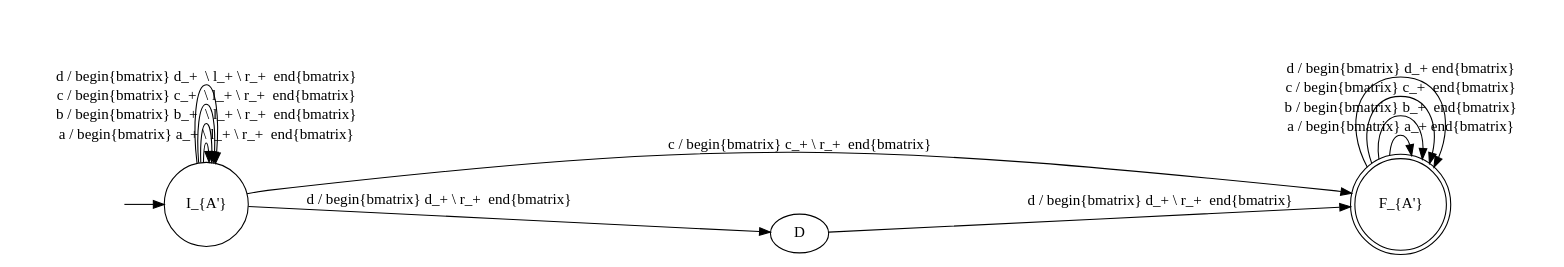
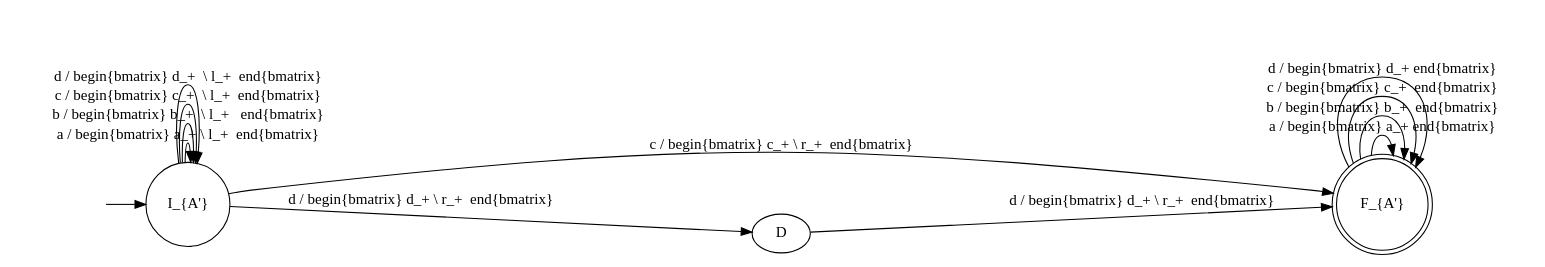
One commit to amandasystems/incremental-parikh-images changed the diagram in a.dot. Above: the diagram before and after it, drawn with Graphviz. The commit also changed 6 other files, not shown here.

```diff
--- a/a.dot
+++ b/a.dot
@@ -1,21 +1,21 @@
 digraph Automaton {rankdir = LR;
 initial [shape=plaintext,label=""];
 initial -> S;
 C [shape=doublecircle,label="F_{A'}"];
 
 C -> C [label="a / \begin{bmatrix} a_+ \end{bmatrix}"]
 C -> C [label="b / \begin{bmatrix} b_+  \end{bmatrix}"]
 C -> C [label="c / \begin{bmatrix} c_+  \end{bmatrix}"]
 C -> C [label="d / \begin{bmatrix} d_+ \end{bmatrix}"]
 
 S [shape=circle,label="I_{A'}"];
-S -> S [label="a / \begin{bmatrix} a_+ \\ l_+ \\ r_+  \end{bmatrix}"]
-S -> S [label="b / \begin{bmatrix} b_+  \\ l_+ \\ r_+  \end{bmatrix}"]
-S -> S [label="c / \begin{bmatrix} c_+  \\ l_+ \\ r_+  \end{bmatrix}"]
-S -> S [label="d / \begin{bmatrix} d_+  \\ l_+ \\ r_+  \end{bmatrix}"]
+S -> S [label="a / \begin{bmatrix} a_+ \\ l_+  \end{bmatrix}"]
+S -> S [label="b / \begin{bmatrix} b_+  \\ l_+   \end{bmatrix}"]
+S -> S [label="c / \begin{bmatrix} c_+  \\ l_+  \end{bmatrix}"]
+S -> S [label="d / \begin{bmatrix} d_+  \\ l_+  \end{bmatrix}"]
 
 S -> C [label="c / \begin{bmatrix} c_+ \\ r_+  \end{bmatrix}"]
 
 S -> D [label="d / \begin{bmatrix} d_+ \\ r_+  \end{bmatrix}"]
 D -> C [label="d / \begin{bmatrix} d_+ \\ r_+  \end{bmatrix}"]
 }
```
